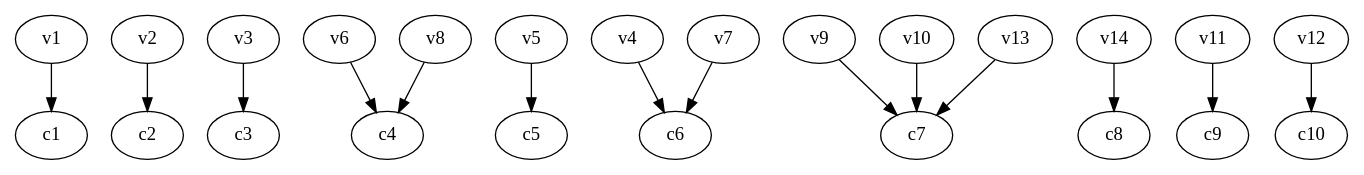
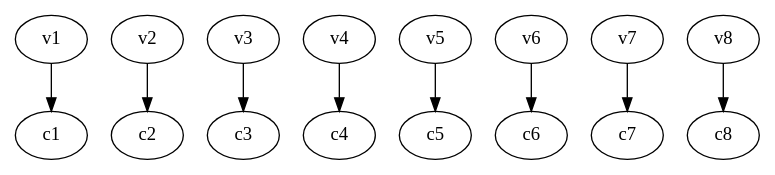
The diagram in TestCaseFiles/lrb/graph_info/lrb1_control.dot (CIDARLAB/Vespa-Algorithm), drawn with Graphviz before and after one commit. The commit also changed 2435 other files, not shown here.

```diff
--- a/TestCaseFiles/lrb/graph_info/lrb1_control.dot
+++ b/TestCaseFiles/lrb/graph_info/lrb1_control.dot
@@ -1,40 +1,26 @@
 strict digraph  {
 c1;
 c2;
 c3;
 c4;
 c5;
 c6;
 c7;
 c8;
-c9;
-c10;
 v1;
 v2;
 v3;
 v4;
 v5;
 v6;
 v7;
 v8;
-v9;
-v10;
-v11;
-v12;
-v13;
-v14;
 v1 -> c1  [weight=1];
 v2 -> c2  [weight=1];
 v3 -> c3  [weight=1];
-v4 -> c6  [weight=1];
+v4 -> c4  [weight=1];
 v5 -> c5  [weight=1];
-v6 -> c4  [weight=1];
-v7 -> c6  [weight=1];
-v8 -> c4  [weight=1];
-v9 -> c7  [weight=1];
-v10 -> c7  [weight=1];
-v11 -> c9  [weight=1];
-v12 -> c10  [weight=1];
-v13 -> c7  [weight=1];
-v14 -> c8  [weight=1];
+v6 -> c6  [weight=1];
+v7 -> c7  [weight=1];
+v8 -> c8  [weight=1];
 }
```
